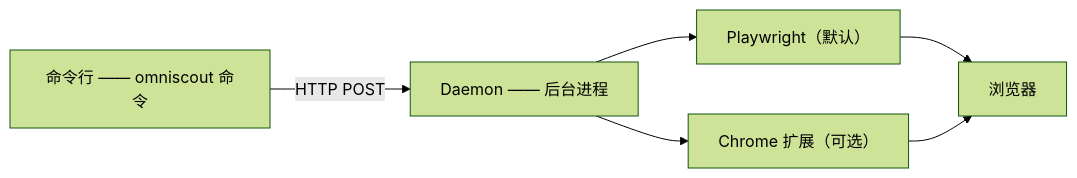
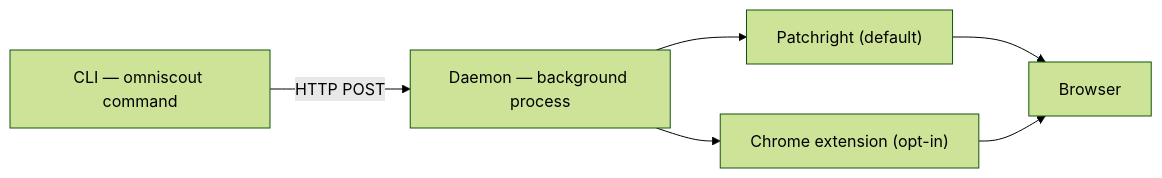
Before and after one commit to sriramramnath/omniscout-docs: the diagram in content/docs/cli/architecture.zh-CN.mdx, drawn with Mermaid (forest theme). The commit also changed other lines of this file and 109 other files, not shown here.

````diff
--- a/content/docs/cli/architecture.zh-CN.mdx
+++ b/content/docs/cli/architecture.zh-CN.mdx
@@ -13,8 +13,8 @@
 ```mermaid
 flowchart LR
-  CLI["命令行 —— omniscout 命令"] -->|"HTTP POST"| Daemon["Daemon —— 后台进程"]
-  Daemon --> Playwright["Playwright（默认）"]
-  Daemon --> Extension["Chrome 扩展（可选）"]
-  Playwright --> Browser["浏览器"]
+  CLI["CLI — omniscout command"] -->|"HTTP POST"| Daemon["Daemon — background process"]
+  Daemon --> Playwright["Patchright (default)"]
+  Daemon --> Extension["Chrome extension (opt-in)"]
+  Playwright --> Browser["Browser"]
   Extension --> Browser
 ```
````
